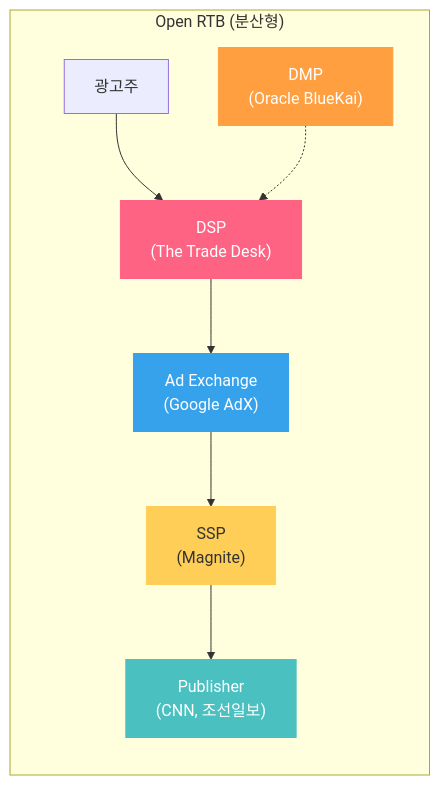
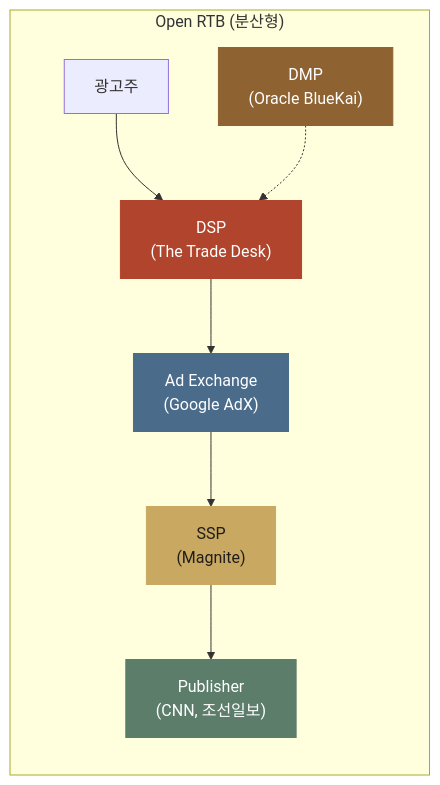
One commit to chkimsu/adtech-blog changed the first of 5 diagrams in posts/walled-garden.md. Above: the diagram before and after it, drawn with Mermaid. The commit also changed other lines of this file and 40 other files, not shown here.

````diff
--- a/posts/walled-garden.md
+++ b/posts/walled-garden.md
@@ -19,16 +19,16 @@
 ```mermaid
 graph LR
     subgraph Open["Open RTB (분산형)"]
         ADV1["광고주"] --> DSP1["DSP<br/>(The Trade Desk)"]
         DSP1 --> ADEX1["Ad Exchange<br/>(Google AdX)"]
         ADEX1 --> SSP1["SSP<br/>(Magnite)"]
         SSP1 --> PUB1["Publisher<br/>(CNN, 조선일보)"]
         DMP1["DMP<br/>(Oracle BlueKai)"] -.-> DSP1
     end
 
-    style DSP1 fill:#ff6384,stroke:#ff6384,color:#fff
-    style ADEX1 fill:#36a2eb,stroke:#36a2eb,color:#fff
-    style SSP1 fill:#ffce56,stroke:#ffce56,color:#333
-    style PUB1 fill:#4bc0c0,stroke:#4bc0c0,color:#fff
-    style DMP1 fill:#ff9f40,stroke:#ff9f40,color:#fff
+    style DSP1 fill:#b0442c,stroke:#b0442c,color:#fff
+    style ADEX1 fill:#4a6b8a,stroke:#4a6b8a,color:#fff
+    style SSP1 fill:#c9a961,stroke:#c9a961,color:#201d1a
+    style PUB1 fill:#5b7d6a,stroke:#5b7d6a,color:#fff
+    style DMP1 fill:#8f6231,stroke:#8f6231,color:#fff
 ```
````
